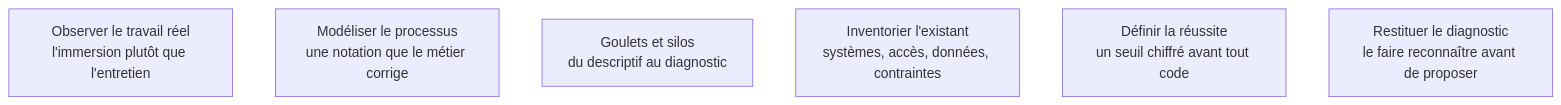
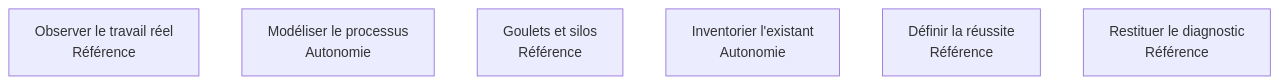
Before and after one commit to floSa/Atlas-Metiers-Roadmaps: the diagram in content/parcours/forward-deployed-engineer/audit-et-cartographie/index.md, drawn with Mermaid. The commit also changed 6 other files, not shown here.

````diff
--- a/content/parcours/forward-deployed-engineer/audit-et-cartographie/index.md
+++ b/content/parcours/forward-deployed-engineer/audit-et-cartographie/index.md
@@ -11,16 +11,16 @@
 ```mermaid
 flowchart TD
-  O["Observer le travail réel<br/>l'immersion plutôt que l'entretien"]
-  M["Modéliser le processus<br/>une notation que le métier corrige"]
-  G["Goulets et silos<br/>du descriptif au diagnostic"]
-  I["Inventorier l'existant<br/>systèmes, accès, données, contraintes"]
-  D["Définir la réussite<br/>un seuil chiffré avant tout code"]
-  R["Restituer le diagnostic<br/>le faire reconnaître avant de proposer"]
+  O["Observer le travail réel<br/>Référence"]
+  M["Modéliser le processus<br/>Autonomie"]
+  G["Goulets et silos<br/>Référence"]
+  I["Inventorier l'existant<br/>Autonomie"]
+  D["Définir la réussite<br/>Référence"]
+  R["Restituer le diagnostic<br/>Référence"]
 
   click O "/parcours/forward-deployed-engineer/audit-et-cartographie/observer-le-travail-reel"
   click M "/parcours/forward-deployed-engineer/audit-et-cartographie/modeliser-le-processus"
   click G "/parcours/forward-deployed-engineer/audit-et-cartographie/goulets-et-silos"
   click I "/parcours/forward-deployed-engineer/audit-et-cartographie/inventorier-l-existant"
   click D "/parcours/forward-deployed-engineer/audit-et-cartographie/definir-la-reussite"
   click R "/parcours/forward-deployed-engineer/audit-et-cartographie/restituer-le-diagnostic"
 ```
````
